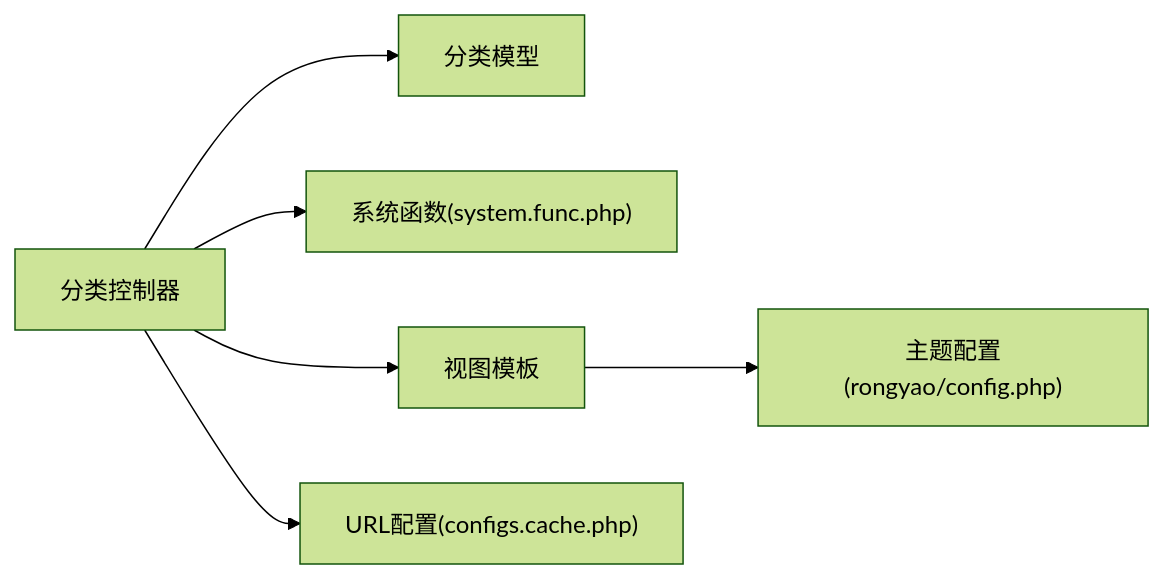
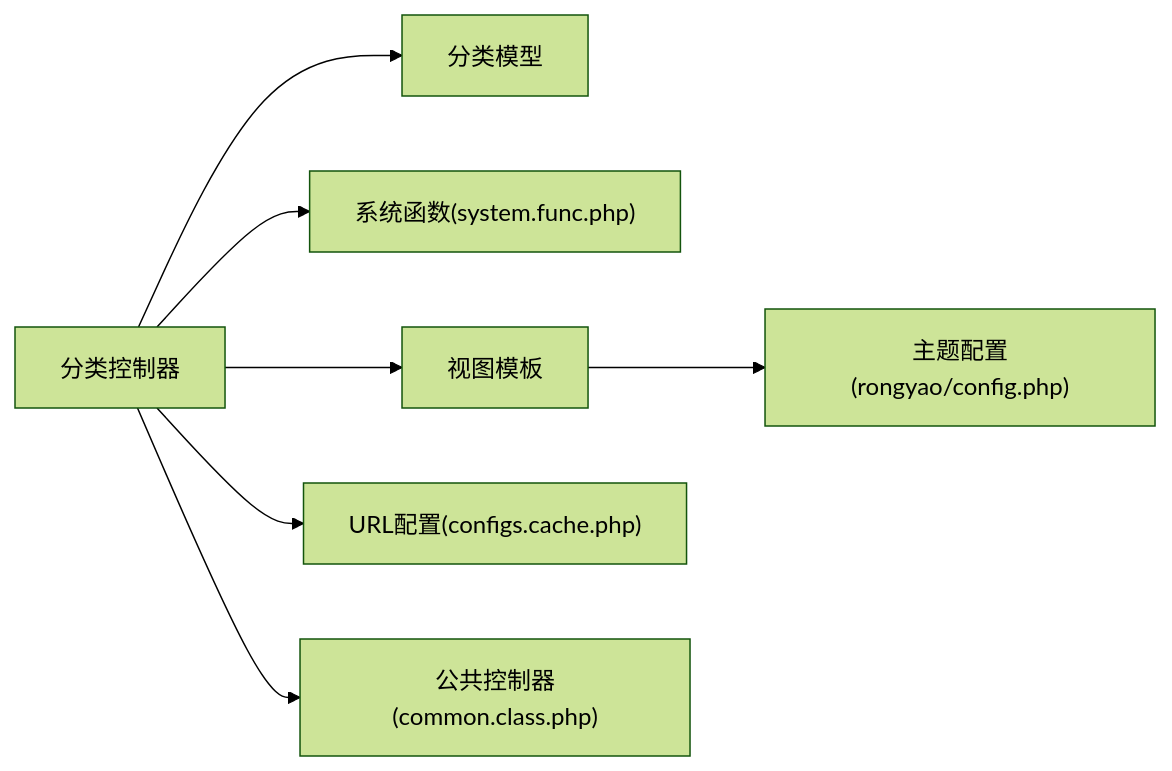
Before and after one commit to lirongyaoper/lryblog.com: the tenth of 10 diagrams in .qoder/repowiki/zh/content/后台管理模块/分类管理/分类基本操作.md, drawn with Mermaid (forest theme). The commit also changed other lines of this file and 3 other files, not shown here.

````diff
--- a/.qoder/repowiki/zh/content/后台管理模块/分类管理/分类基本操作.md
+++ b/.qoder/repowiki/zh/content/后台管理模块/分类管理/分类基本操作.md
@@ -328,8 +364,9 @@
 ```mermaid
 graph LR
 Ctl["分类控制器"] --> M["分类模型"]
 Ctl --> SF["系统函数(system.func.php)"]
 Ctl --> VF["视图模板"]
 VF --> TC["主题配置(rongyao/config.php)"]
 Ctl --> CFG["URL配置(configs.cache.php)"]
+Ctl --> Common["公共控制器(common.class.php)"]
 ```
````
